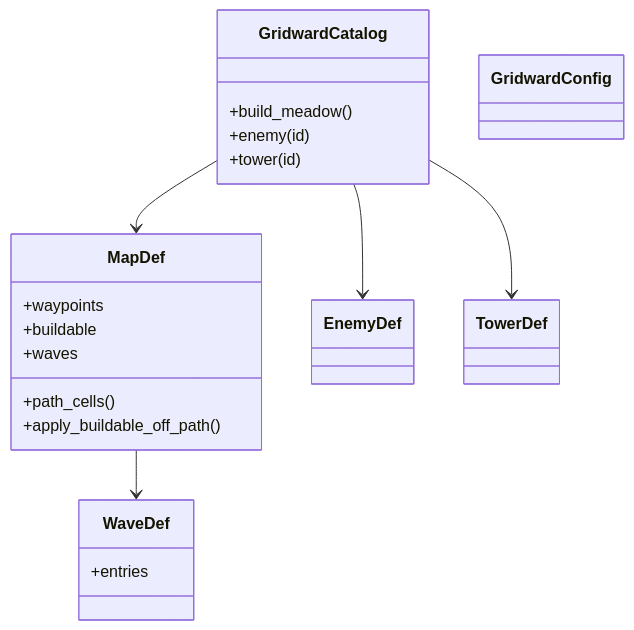
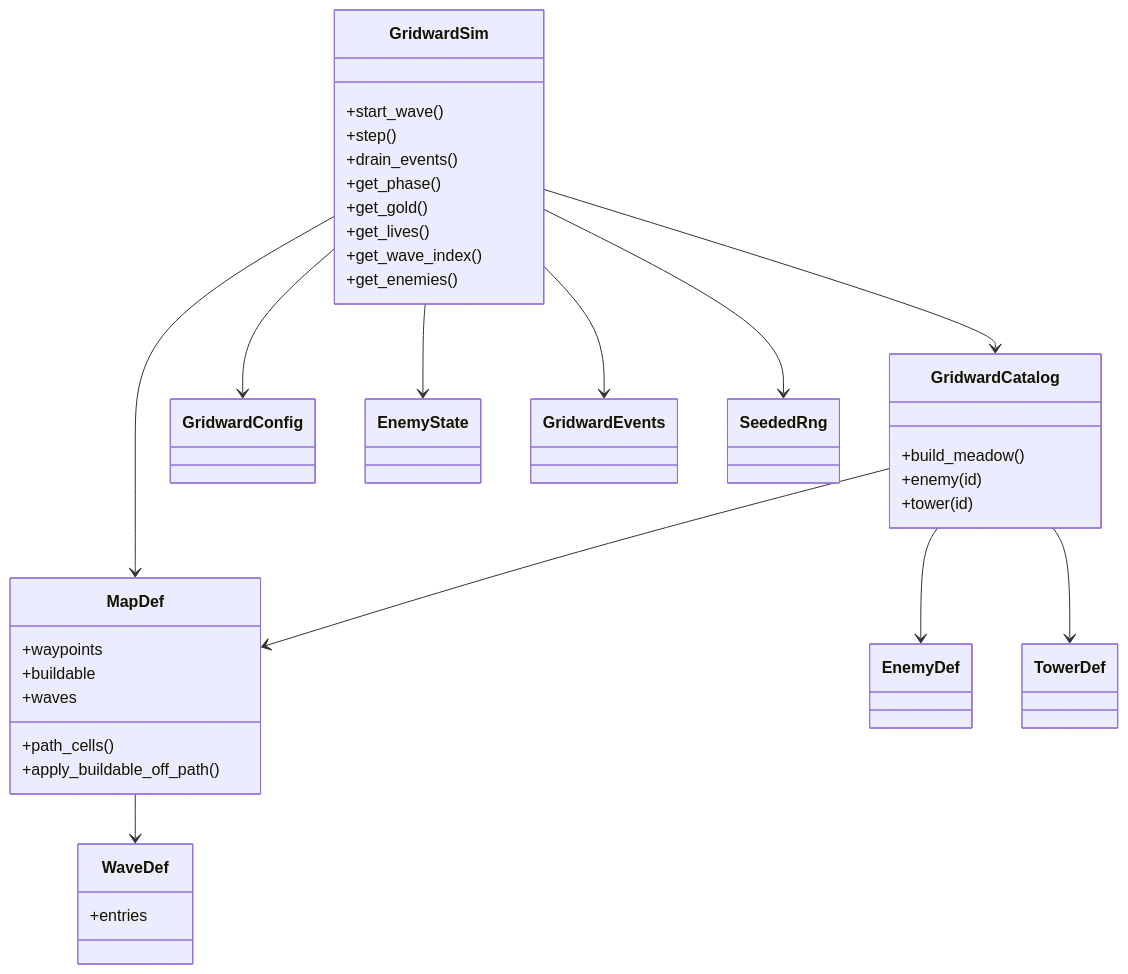
Before and after one commit to kblaszki/godot-game: the diagram in games/gridward/docs/reference/sim.md, drawn with Mermaid. The commit also changed other lines of this file and 6 other files, not shown here.

First line of the commit message:
Implement Gridward wave phases with pathing and determinism.

````diff
--- a/games/gridward/docs/reference/sim.md
+++ b/games/gridward/docs/reference/sim.md
@@ -30,25 +34,44 @@
 ```mermaid
 classDiagram
+  class GridwardSim {
+    +start_wave()
+    +step()
+    +drain_events()
+    +get_phase()
+    +get_gold()
+    +get_lives()
+    +get_wave_index()
+    +get_enemies()
+  }
   class GridwardCatalog {
     +build_meadow()
     +enemy(id)
     +tower(id)
   }
   class MapDef {
     +waypoints
     +buildable
     +waves
     +path_cells()
     +apply_buildable_off_path()
   }
   class WaveDef {
     +entries
   }
   class EnemyDef
   class TowerDef
   class GridwardConfig
+  class EnemyState
+  class GridwardEvents
+  class SeededRng
+  GridwardSim --> MapDef
+  GridwardSim --> GridwardCatalog
+  GridwardSim --> GridwardConfig
+  GridwardSim --> EnemyState
+  GridwardSim --> GridwardEvents
+  GridwardSim --> SeededRng
   GridwardCatalog --> MapDef
   GridwardCatalog --> EnemyDef
   GridwardCatalog --> TowerDef
   MapDef --> WaveDef
 ```
````
